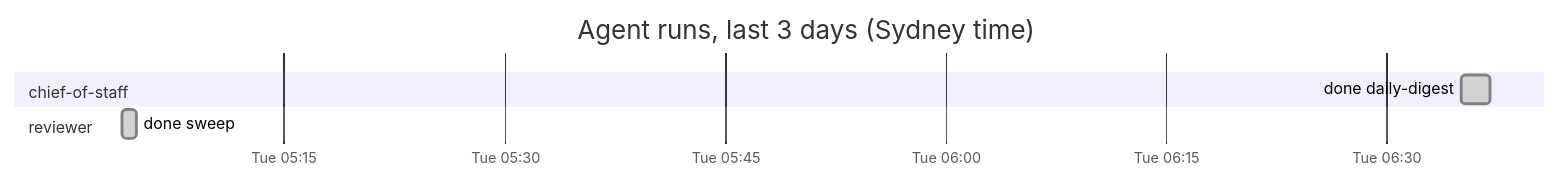
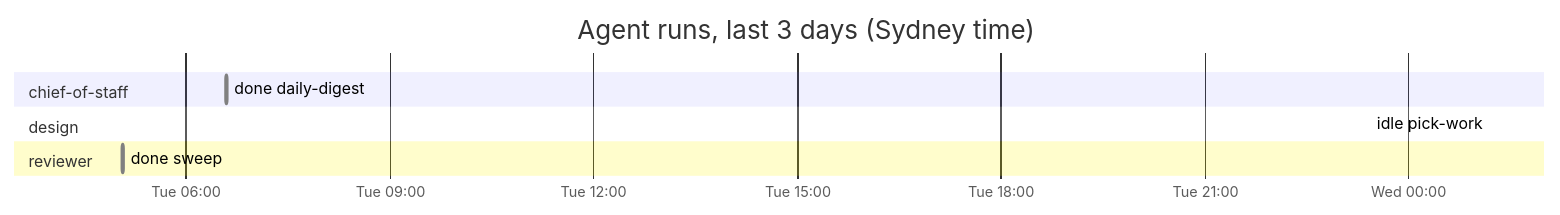
The diagram in dashboard.md (roulmediateam-byte/fifteen-expert-hq), drawn with Mermaid before and after one commit. The commit also changed other lines of this file and 1 other file, not shown here.

````diff
--- a/dashboard.md
+++ b/dashboard.md
@@ -37,10 +37,12 @@
 ```mermaid
 gantt
     title Agent runs, last 3 days (Sydney time)
     dateFormat YYYY-MM-DD HH:mm
     axisFormat %a %H:%M
     section chief-of-staff
     done daily-digest :done, 2026-11-10 06:35, 2026-11-10 06:37
+    section design
+    idle pick-work :done, 2026-11-11 01:12, 2026-11-11 01:12
     section reviewer
     done sweep :done, 2026-11-10 05:04, 2026-11-10 05:05
 ```
````
